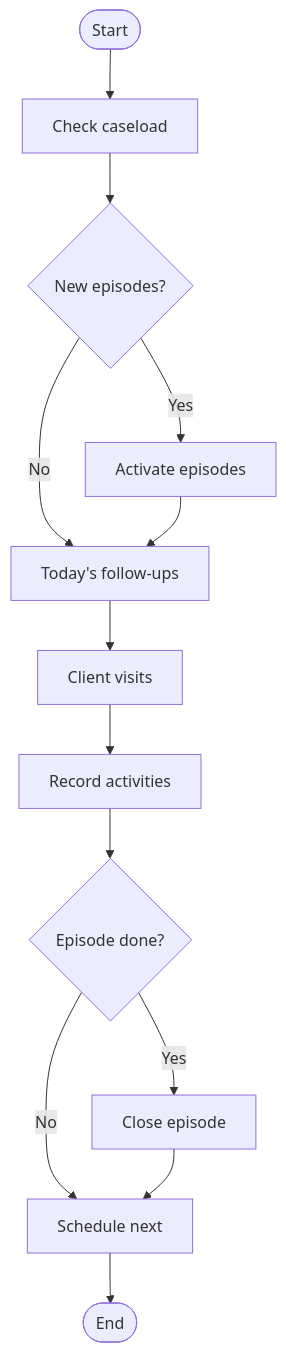
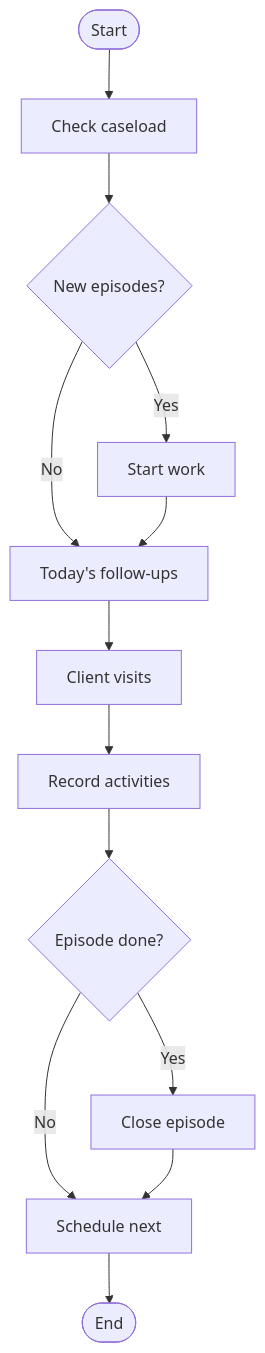
Before and after one commit to manaaki-tech/manaakicare-docs: the sixth of 6 diagrams in docs/how-the-work-flows.mdx, drawn with Mermaid. The commit also changed other lines of this file and 49 other files, not shown here.

````diff
--- a/docs/how-the-work-flows.mdx
+++ b/docs/how-the-work-flows.mdx
@@ -301,27 +293,27 @@
 ```mermaid
 flowchart TB
     start(["Start"])
     dashboard["Check caseload"]
     activate{"New episodes?"}
-    activate_ep["Activate episodes"]
+    activate_ep["Start work"]
     today["Today's follow-ups"]
     visits["Client visits"]
     record["Record activities"]
     close{"Episode done?"}
     close_ep["Close episode"]
     schedule["Schedule next"]
     end_day(["End"])
 
     start --> dashboard
     dashboard --> activate
     activate -->|"Yes"| activate_ep
     activate -->|"No"| today
     activate_ep --> today
     today --> visits
     visits --> record
     record --> close
     close -->|"Yes"| close_ep
     close -->|"No"| schedule
     close_ep --> schedule
     schedule --> end_day
 ```
````
